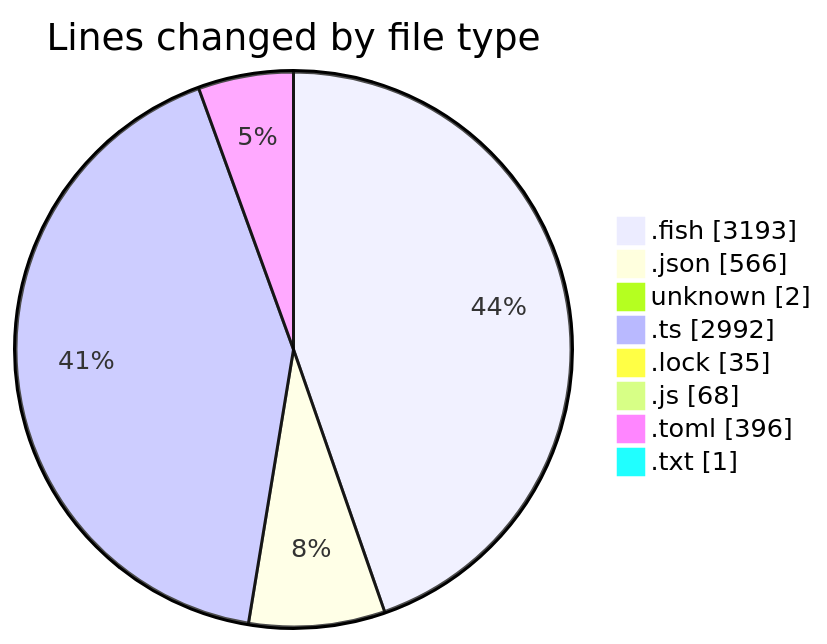
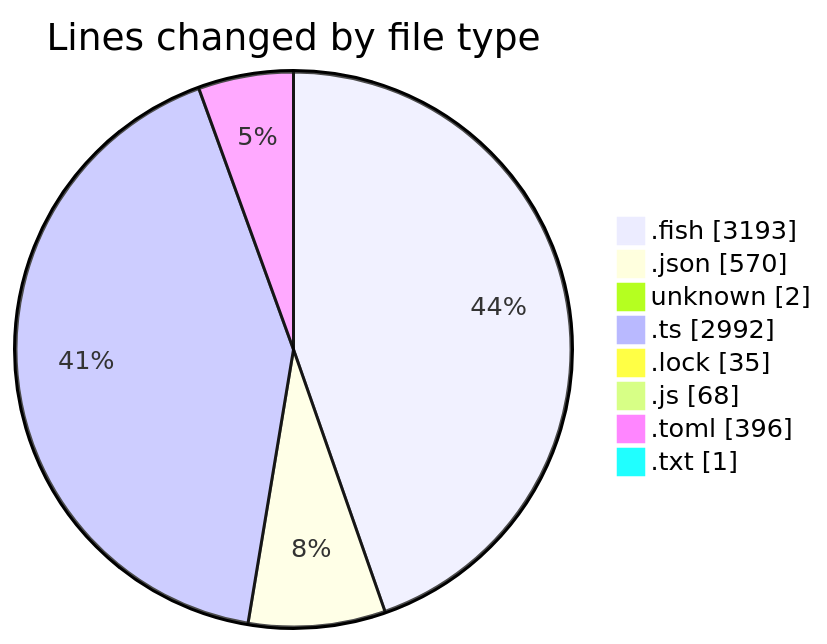
The first of 2 diagrams in 2025-07-12/fish/README.md (EIIisD/code-tracking), drawn with Mermaid before and after one commit. The commit also changed other lines of this file and 1 other file, not shown here.

````diff
--- a/2025-07-12/fish/README.md
+++ b/2025-07-12/fish/README.md
@@ -162,12 +162,12 @@
 ```mermaid
 pie showData
 title Lines changed by file type
 ".fish" : 3193
-".json" : 566
+".json" : 570
 "unknown" : 2
 ".ts" : 2992
 ".lock" : 35
 ".js" : 68
 ".toml" : 396
 ".txt" : 1
 ```
````
